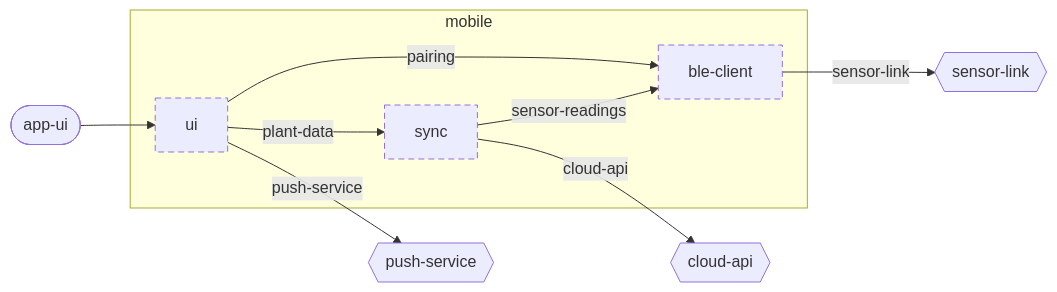
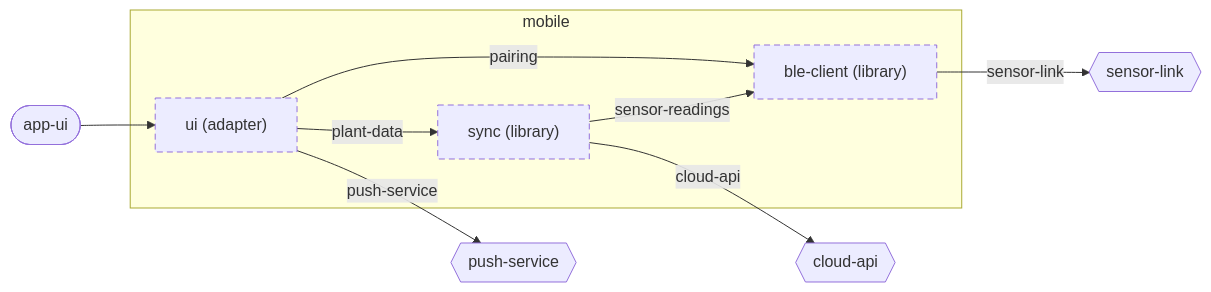
One commit to wackazong/unifold changed the diagram in examples/plantwatch/mobile/docs/diagrams/component.md. Above: the diagram before and after it, drawn with Mermaid. The commit also changed other lines of this file and 339 other files, not shown here.

````diff
--- a/examples/plantwatch/mobile/docs/diagrams/component.md
+++ b/examples/plantwatch/mobile/docs/diagrams/component.md
@@ -8,24 +8,24 @@
 ```mermaid
 flowchart LR
   subgraph u_mobile["mobile"]
-    u_mobile__ble_dclient["ble-client"]
-    u_mobile__sync["sync"]
-    u_mobile__ui["ui"]
+    u_mobile__ble_dclient["ble-client (library)"]
+    u_mobile__sync["sync (library)"]
+    u_mobile__ui["ui (adapter)"]
   end
   n_mobile___sensor_dlink{{"sensor-link"}}
   n_mobile___cloud_dapi{{"cloud-api"}}
   n_mobile___push_dservice{{"push-service"}}
   p_mobile___app_dui(["app-ui"])
   u_mobile__sync -->|"sensor-readings"| u_mobile__ble_dclient
   u_mobile__ui -->|"plant-data"| u_mobile__sync
   u_mobile__ui -->|"pairing"| u_mobile__ble_dclient
   u_mobile__ble_dclient -->|"sensor-link"| n_mobile___sensor_dlink
   u_mobile__sync -->|"cloud-api"| n_mobile___cloud_dapi
   u_mobile__ui -->|"push-service"| n_mobile___push_dservice
   p_mobile___app_dui --> u_mobile__ui
   classDef focus stroke-width:4px
   classDef planned stroke-dasharray:6 4
   classDef deprecated stroke-dasharray:2 2,opacity:0.6
   classDef plain stroke-dasharray:2 3
   class u_mobile__ble_dclient,u_mobile__sync,u_mobile__ui planned
 ```
````
